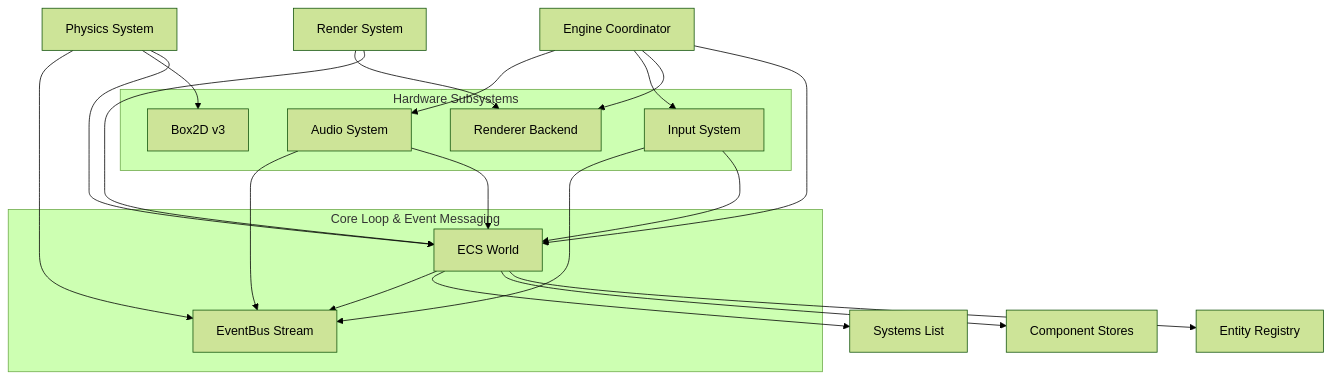
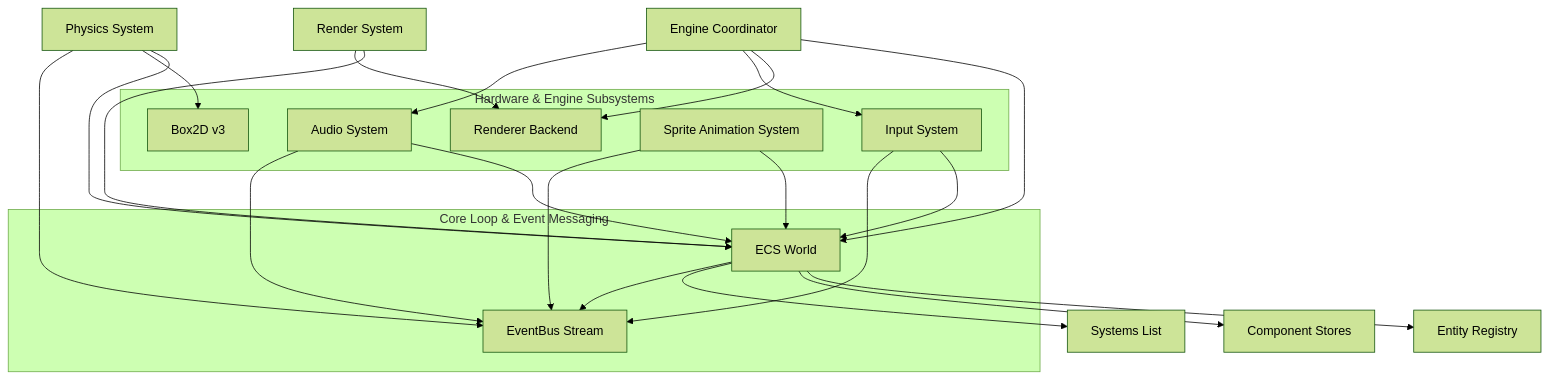
The first of 7 diagrams in Engine/README.md (tsharju/AcornEngine), drawn with Mermaid (forest theme) before and after one commit. The commit also changed other lines of this file and 3 other files, not shown here.

Commit message:
docs: update documentation for 2D sprite animation and fix repository links

````diff
--- a/Engine/README.md
+++ b/Engine/README.md
@@ -10,34 +11,37 @@
 ```mermaid
 graph TD
     Engine[Engine Coordinator] --> World[ECS World]
     Engine --> Renderer[Renderer Backend]
     Engine --> InputSystem[Input System]
     Engine --> AudioSystem[Audio System]
     
     World --> Entity[Entity Registry]
     World --> Component[Component Stores]
     World --> System[Systems List]
     World --> EventBus[EventBus Stream]
     
     RenderSystem[Render System] --> World
     RenderSystem --> Renderer
+    SpriteAnimationSystem[Sprite Animation System] --> World
+    SpriteAnimationSystem --> EventBus
     PhysicsSystem[Physics System] --> World
     PhysicsSystem --> Box2D[Box2D v3]
     PhysicsSystem --> EventBus
     AudioSystem --> World
     AudioSystem --> EventBus
     InputSystem --> World
     InputSystem --> EventBus
     
     subgraph Core Loop & Event Messaging
         World
         EventBus
     end
     
-    subgraph Hardware Subsystems
+    subgraph Hardware & Engine Subsystems
         Renderer
+        SpriteAnimationSystem
         Box2D
         AudioSystem
         InputSystem
     end
 ```
````
